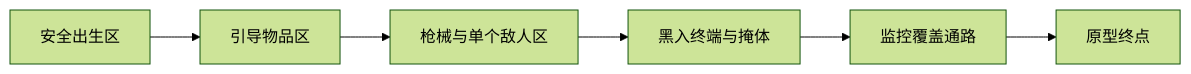
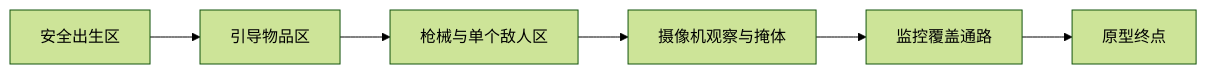
One commit to wingmancover/OFFAIR changed the first of 2 diagrams in docs/design/game-design.md. Above: the diagram before and after it, drawn with Mermaid (forest theme). The commit also changed other lines of this file and 17 other files, not shown here.

````diff
--- a/docs/design/game-design.md
+++ b/docs/design/game-design.md
@@ -45,8 +45,8 @@
 ```mermaid
 flowchart LR
     A[安全出生区] --> B[引导物品区]
     B --> C[枪械与单个敌人区]
-    C --> D[黑入终端与掩体]
+    C --> D[摄像机观察与掩体]
     D --> E[监控覆盖通路]
     E --> F[原型终点]
 ```
````
